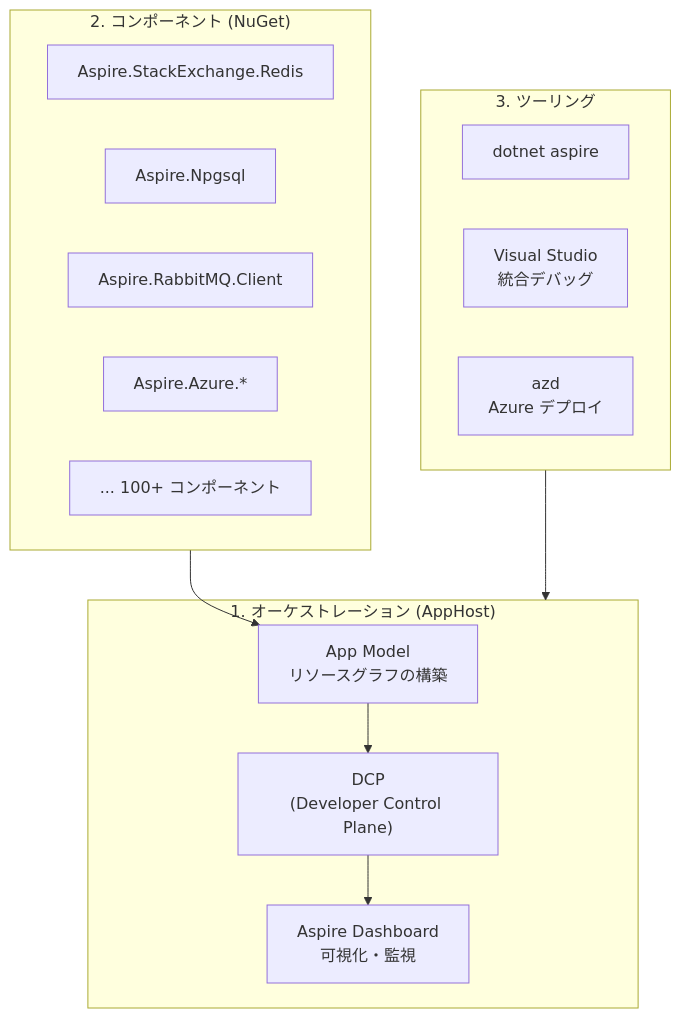
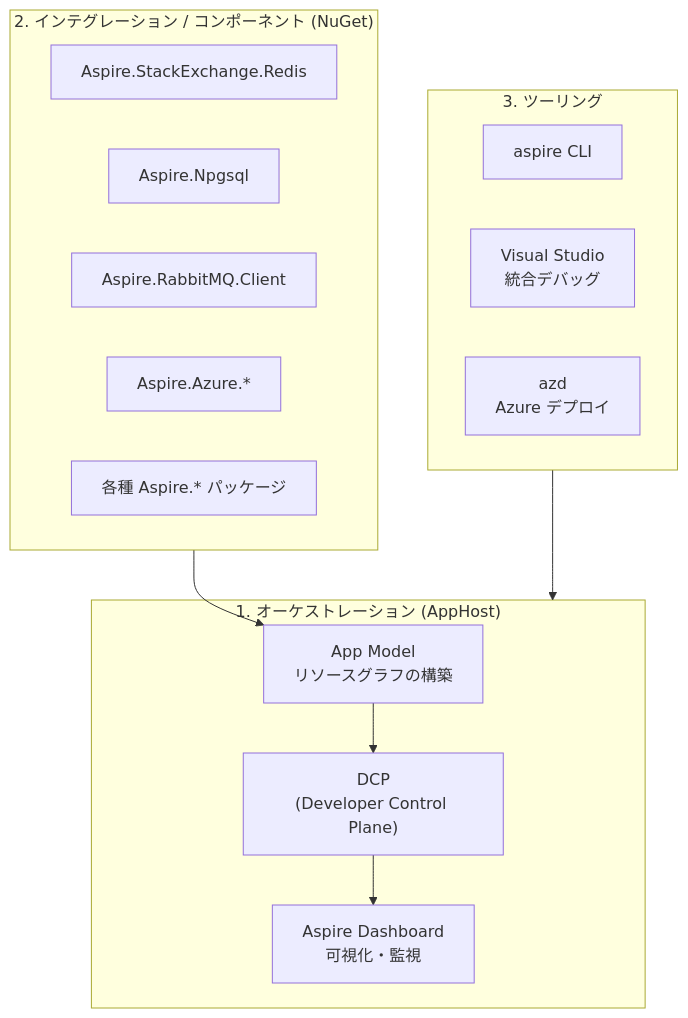
The first of 18 diagrams in content/blog/ja/dotnet-aspire.mdx (yoichiozaki/yoichiozaki.github.io), drawn with Mermaid before and after one commit. The commit also changed other lines of this file and 88 other files, not shown here.

````diff
--- a/content/blog/ja/dotnet-aspire.mdx
+++ b/content/blog/ja/dotnet-aspire.mdx
@@ -39,27 +39,27 @@
 ```mermaid
 graph TD
     subgraph Orchestration["1. オーケストレーション (AppHost)"]
         AppModel["App Model<br/>リソースグラフの構築"]
         DCS["DCP<br/>(Developer Control Plane)"]
         Dashboard["Aspire Dashboard<br/>可視化・監視"]
     end
 
-    subgraph Components["2. コンポーネント (NuGet)"]
+    subgraph Components["2. インテグレーション / コンポーネント (NuGet)"]
         Redis["Aspire.StackExchange.Redis"]
         Postgres["Aspire.Npgsql"]
         RabbitMQ["Aspire.RabbitMQ.Client"]
         Azure["Aspire.Azure.*"]
-        More["... 100+ コンポーネント"]
+        More["各種 Aspire.* パッケージ"]
     end
 
     subgraph Tooling["3. ツーリング"]
-        CLI["dotnet aspire"]
+        CLI["aspire CLI"]
         VS["Visual Studio<br/>統合デバッグ"]
         AZD["azd<br/>Azure デプロイ"]
     end
 
     AppModel --> DCS
     DCS --> Dashboard
     Components --> AppModel
     Tooling --> Orchestration
 ```
````
